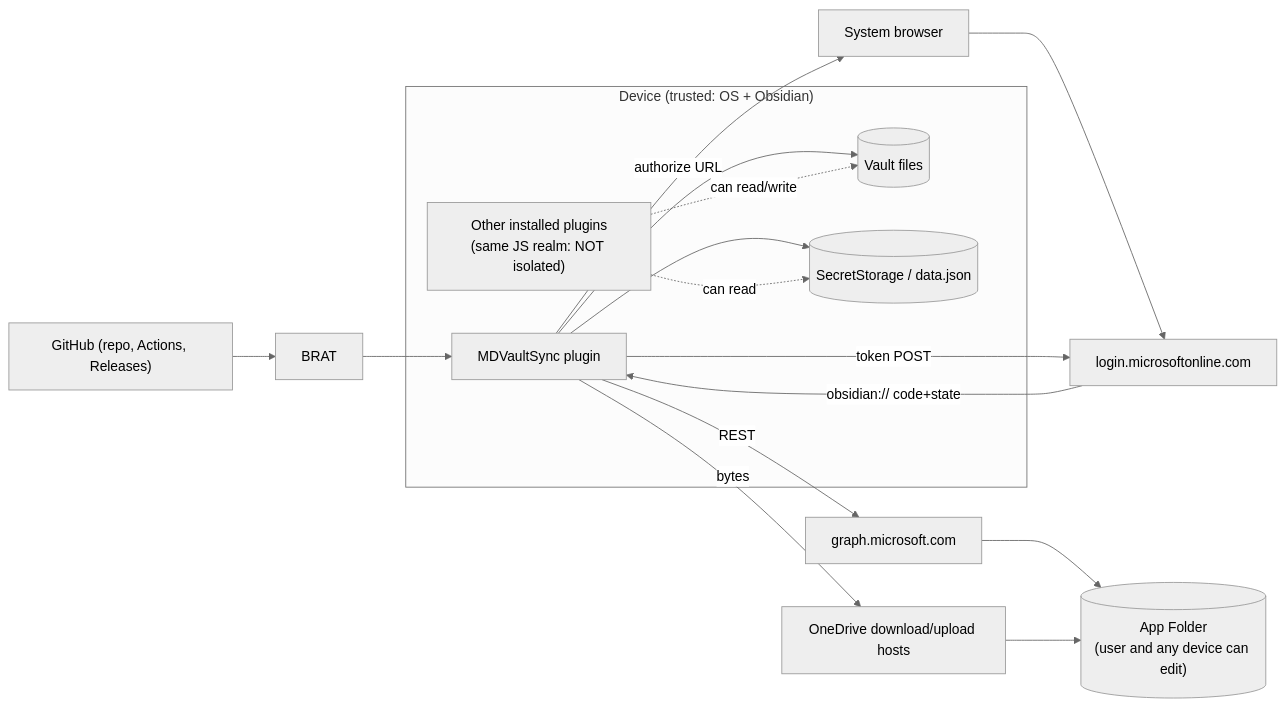
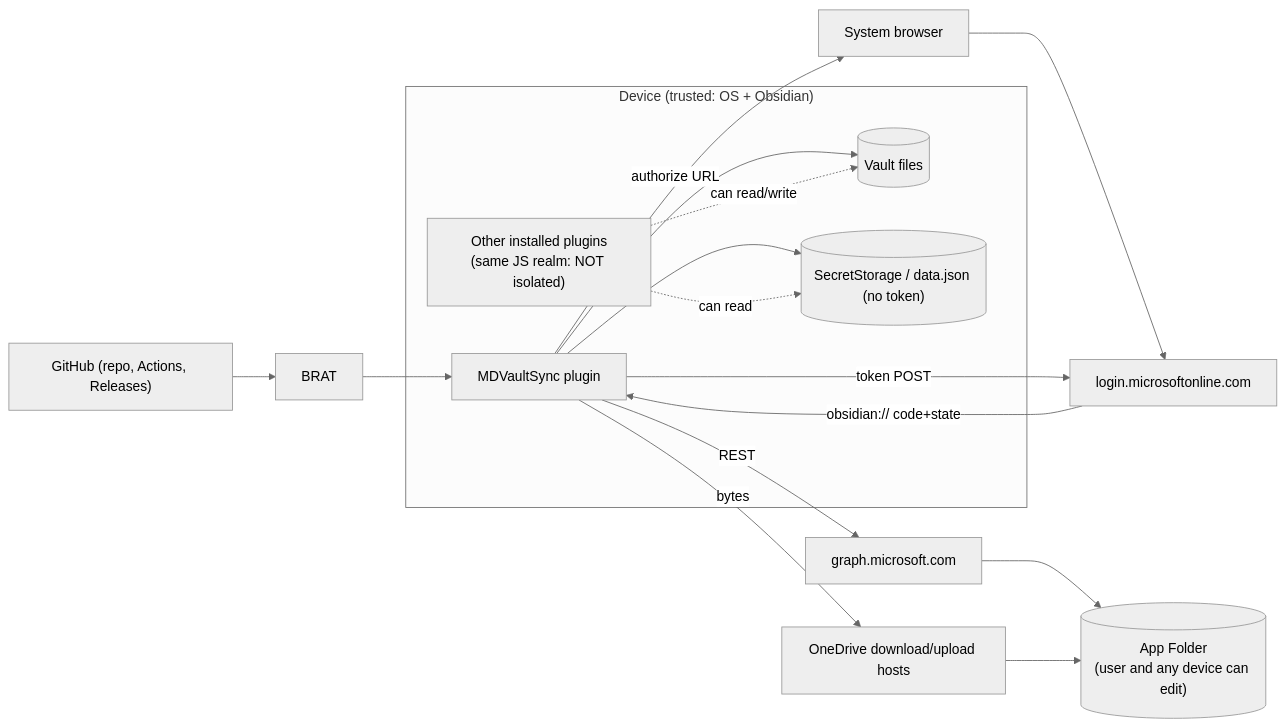
Before and after one commit to caseke/MDVaultSync: the diagram in docs/threat-model.md, drawn with Mermaid (neutral theme). The commit also changed other lines of this file and 27 other files, not shown here.

````diff
--- a/docs/threat-model.md
+++ b/docs/threat-model.md
@@ -17,26 +17,26 @@
 ```mermaid
 flowchart LR
   subgraph Device["Device (trusted: OS + Obsidian)"]
     P["MDVaultSync plugin"]
     OP["Other installed plugins<br/>(same JS realm: NOT isolated)"]
     V[("Vault files")]
-    S[("SecretStorage / data.json")]
+    S[("SecretStorage / data.json (no token)")]
   end
   B["System browser"]
   MS["login.microsoftonline.com"]
   G["graph.microsoft.com"]
   CDN["OneDrive download/upload hosts"]
   OD[("App Folder<br/>(user and any device can edit)")]
   GH["GitHub (repo, Actions, Releases)"]
   BRAT["BRAT"]
   P -- authorize URL --> B --> MS
   MS -- "obsidian:// code+state" --> P
   P -- token POST --> MS
   P -- REST --> G --> OD
   P -- bytes --> CDN --> OD
   P --> V
   P --> S
   OP -. can read .-> S
   OP -. can read/write .-> V
   GH --> BRAT --> P
 ```
````
